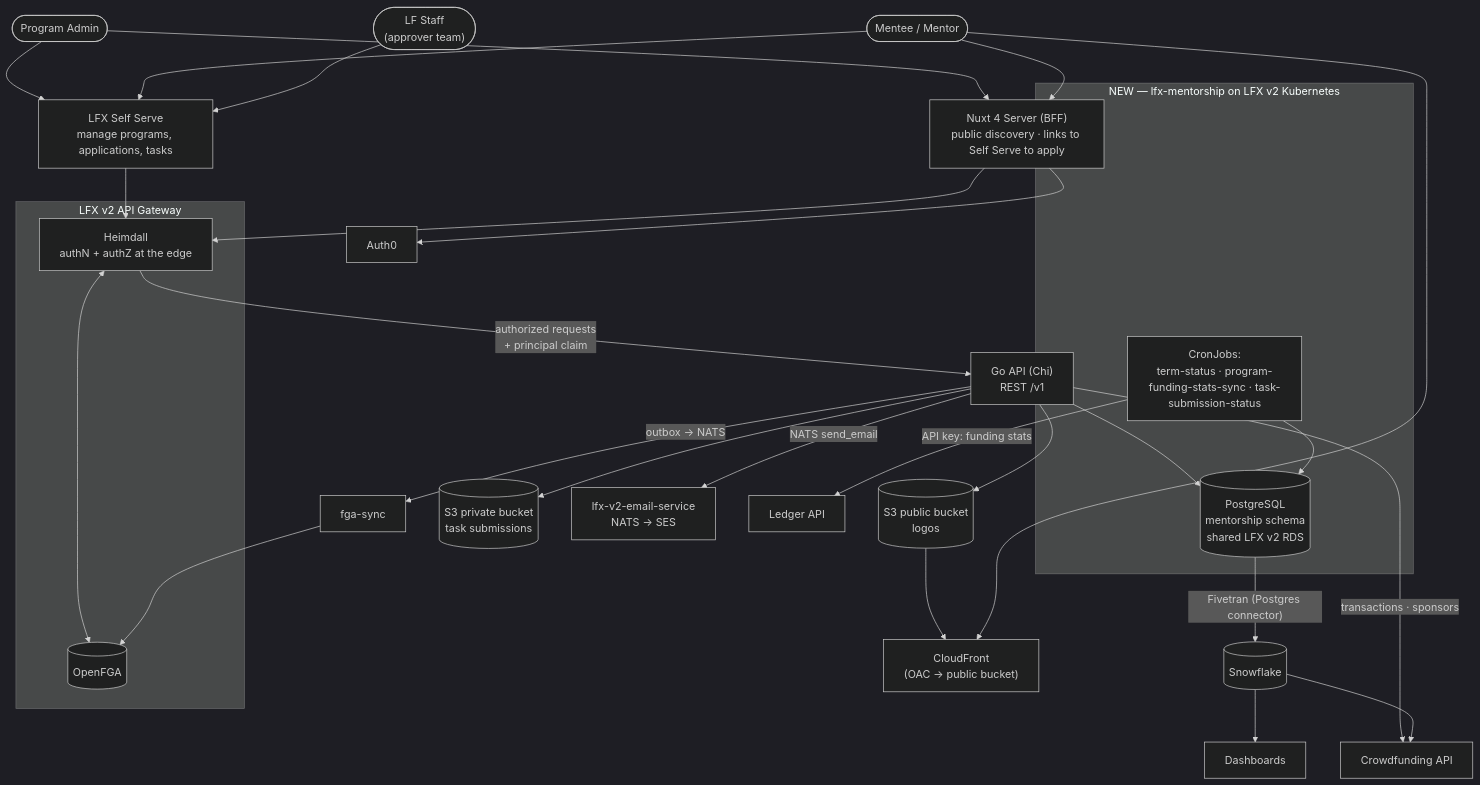
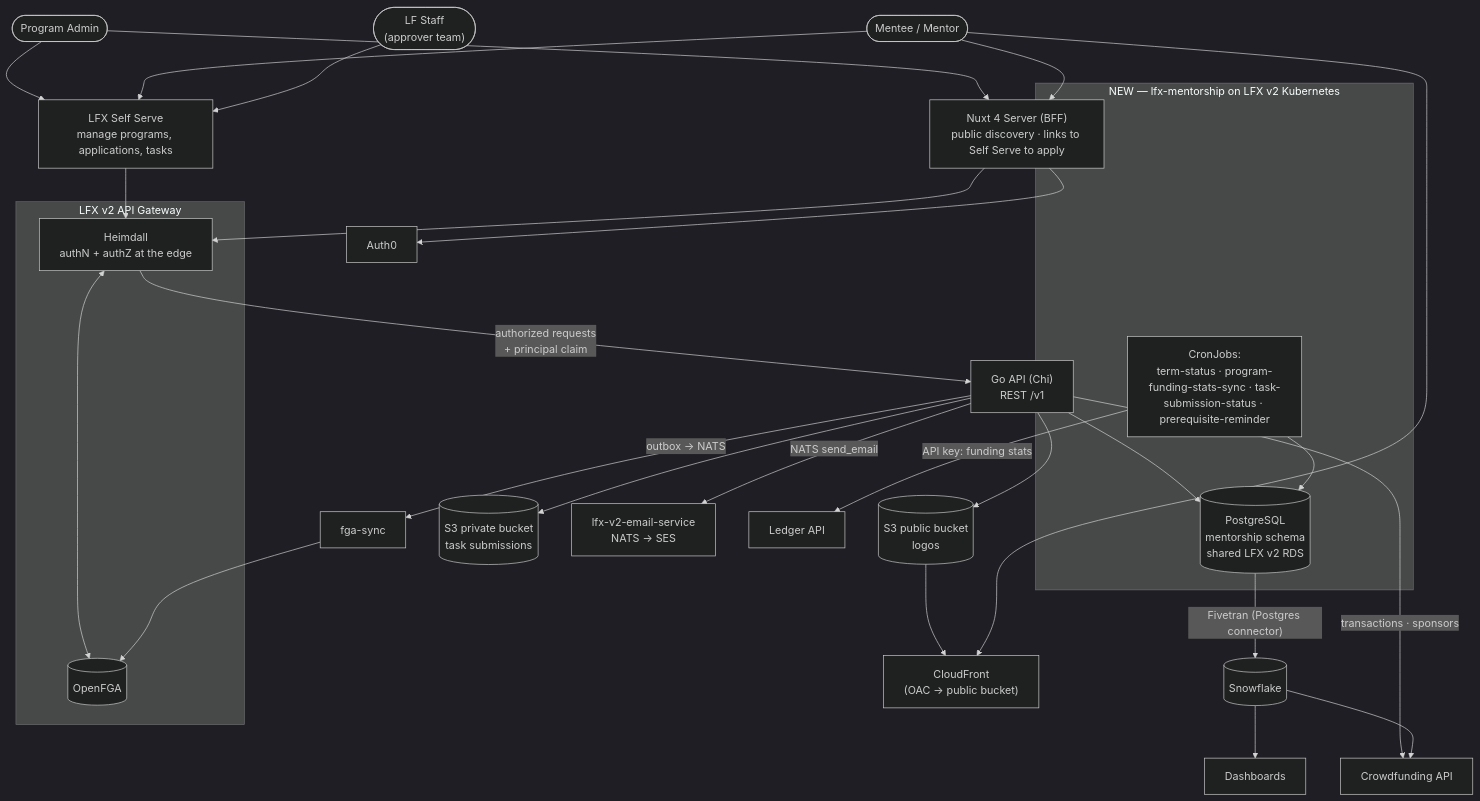
Before and after one commit to linuxfoundation/lfx-mentorship: the first of 2 diagrams in docs/rewrite/02-target-architecture.md, drawn with Mermaid (dark theme). The commit also changed other lines of this file and 14 other files, not shown here.

````diff
--- a/docs/rewrite/02-target-architecture.md
+++ b/docs/rewrite/02-target-architecture.md
@@ -22,52 +22,52 @@
 ```mermaid
 flowchart TB
     ADMIN(["Program Admin"])
     USERS(["Mentee / Mentor"])
     SUPER(["LF Staff<br/>(approver team)"])
 
     subgraph GW["LFX v2 API Gateway"]
         HEIMDALL["Heimdall<br/>authN + authZ at the edge"]
         FGA[("OpenFGA")]
     end
 
     subgraph K8S["NEW — lfx-mentorship on LFX v2 Kubernetes"]
         NUXT["Nuxt 4 Server (BFF)<br/>public discovery · links to Self Serve to apply"]
         API["Go API (Chi)<br/>REST /v1"]
         PG[("PostgreSQL<br/>mentorship schema<br/>shared LFX v2 RDS")]
-        CRONS["CronJobs:<br/>term-status · program-funding-stats-sync · task-submission-status"]
+        CRONS["CronJobs:<br/>term-status · program-funding-stats-sync · task-submission-status · prerequisite-reminder"]
     end
 
     SS["LFX Self Serve<br/>manage programs, applications, tasks"]
     SYNC["fga-sync"]
     AUTH0["Auth0"]
     S3PUB[("S3 public bucket<br/>logos")]
     S3PRIV[("S3 private bucket<br/>task submissions")]
     CDN["CloudFront<br/>(OAC → public bucket)"]
     EMAIL["lfx-v2-email-service<br/>NATS → SES"]
     CFAPI["Crowdfunding API"]
     LEDGER["Ledger API"]
     SF[("Snowflake")]
     DASH["Dashboards"]
 
     ADMIN & USERS --> NUXT
     ADMIN & USERS & SUPER --> SS
     NUXT --> HEIMDALL
     SS --> HEIMDALL
     HEIMDALL <--> FGA
     HEIMDALL -- "authorized requests<br/>+ principal claim" --> API
     NUXT --> AUTH0
     API --> PG
     API --> S3PUB
     API --> S3PRIV
     S3PUB --> CDN
     USERS --> CDN
     API -- "NATS send_email" --> EMAIL
     API -- "outbox → NATS" --> SYNC
     SYNC --> FGA
     CRONS --> PG
     CRONS -- "API key: funding stats" --> LEDGER
     API -- "transactions · sponsors" --> CFAPI
     PG -- "Fivetran (Postgres connector)" --> SF
     SF --> DASH
     SF --> CFAPI
 ```
````
